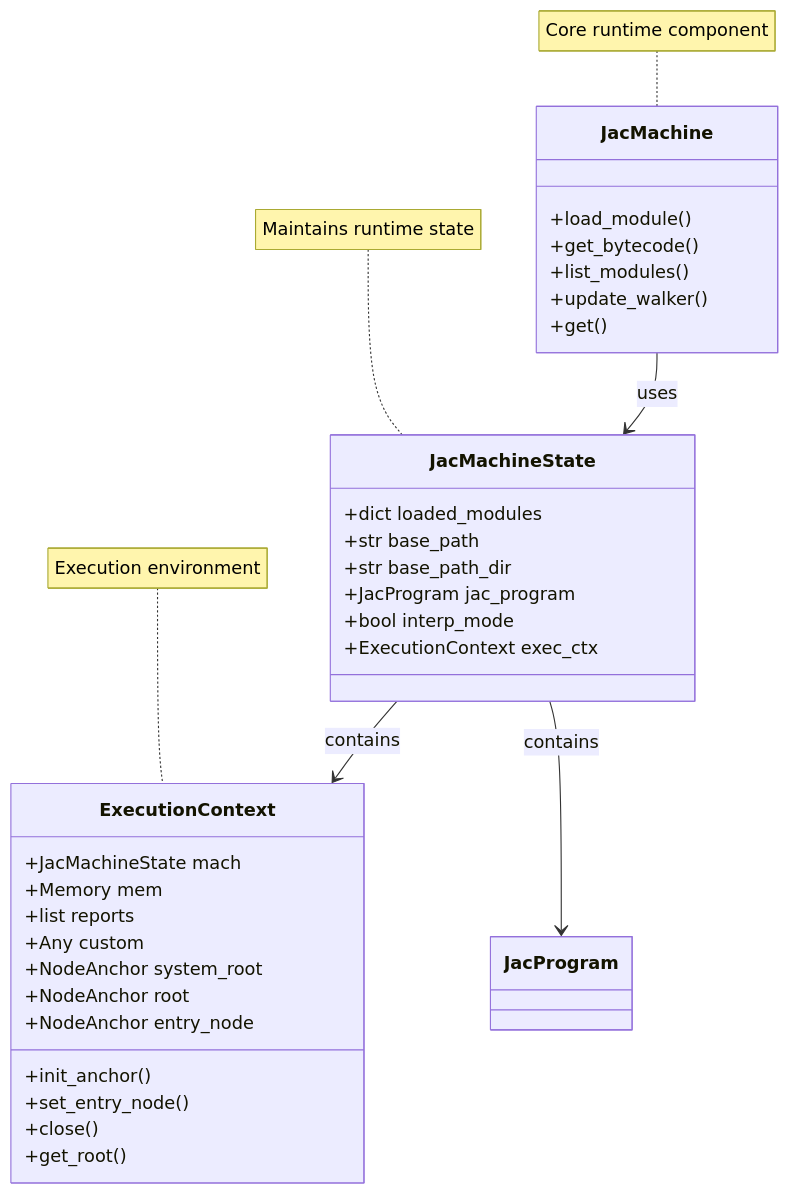
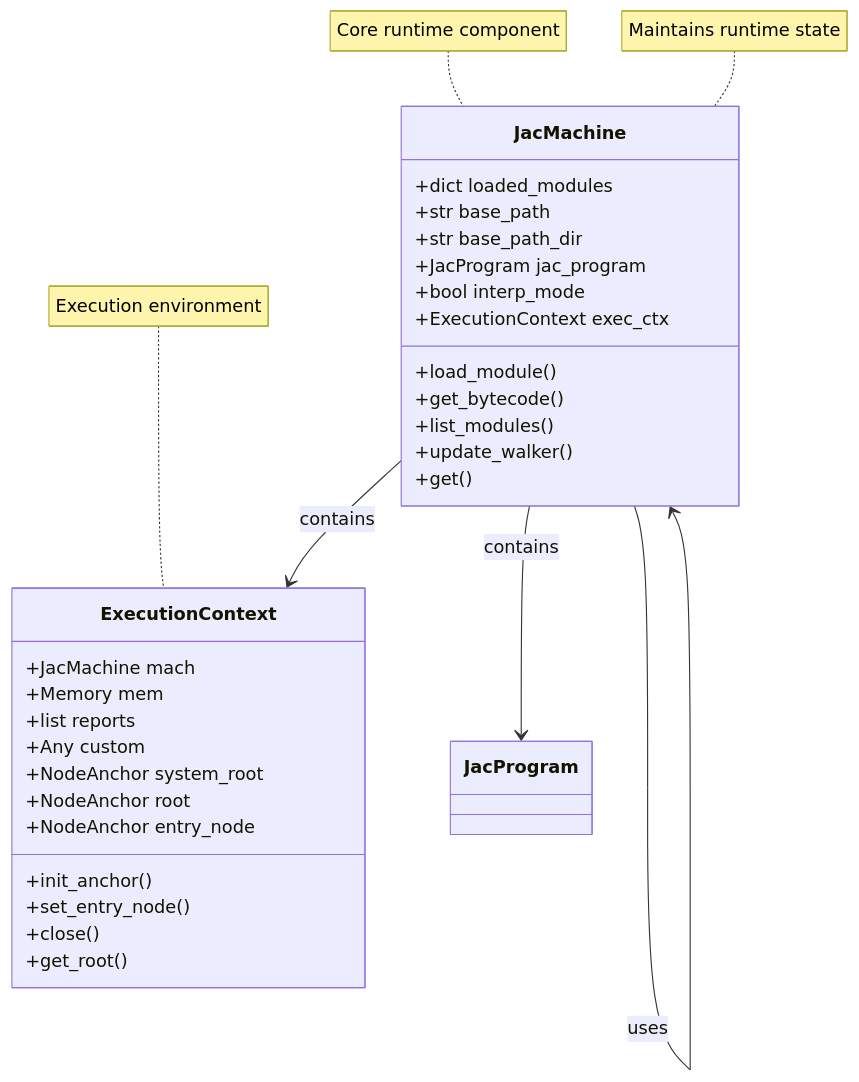
One commit to Jaseci-Labs/jaseci changed the fifth of 13 diagrams in docs/docs/internals/internals.md. Above: the diagram before and after it, drawn with Mermaid. The commit also changed other lines of this file and 23 other files, not shown here.

````diff
--- a/docs/docs/internals/internals.md
+++ b/docs/docs/internals/internals.md
@@ -186,41 +186,41 @@
 ```mermaid
 classDiagram
     class JacMachine {
         +load_module()
         +get_bytecode()
         +list_modules()
         +update_walker()
         +get()
     }
 
-    class JacMachineState {
+    class JacMachine {
         +dict loaded_modules
         +str base_path
         +str base_path_dir
         +JacProgram jac_program
         +bool interp_mode
         +ExecutionContext exec_ctx
     }
 
     class ExecutionContext {
-        +JacMachineState mach
+        +JacMachine mach
         +Memory mem
         +list reports
         +Any custom
         +NodeAnchor system_root
         +NodeAnchor root
         +NodeAnchor entry_node
         +init_anchor()
         +set_entry_node()
         +close()
         +get_root()
     }
 
-    JacMachine --> JacMachineState : uses
-    JacMachineState --> ExecutionContext : contains
-    JacMachineState --> JacProgram : contains
+    JacMachine --> JacMachine : uses
+    JacMachine --> ExecutionContext : contains
+    JacMachine --> JacProgram : contains
 
     note for JacMachine "Core runtime component"
-    note for JacMachineState "Maintains runtime state"
+    note for JacMachine "Maintains runtime state"
     note for ExecutionContext "Execution environment"
 ```
````
